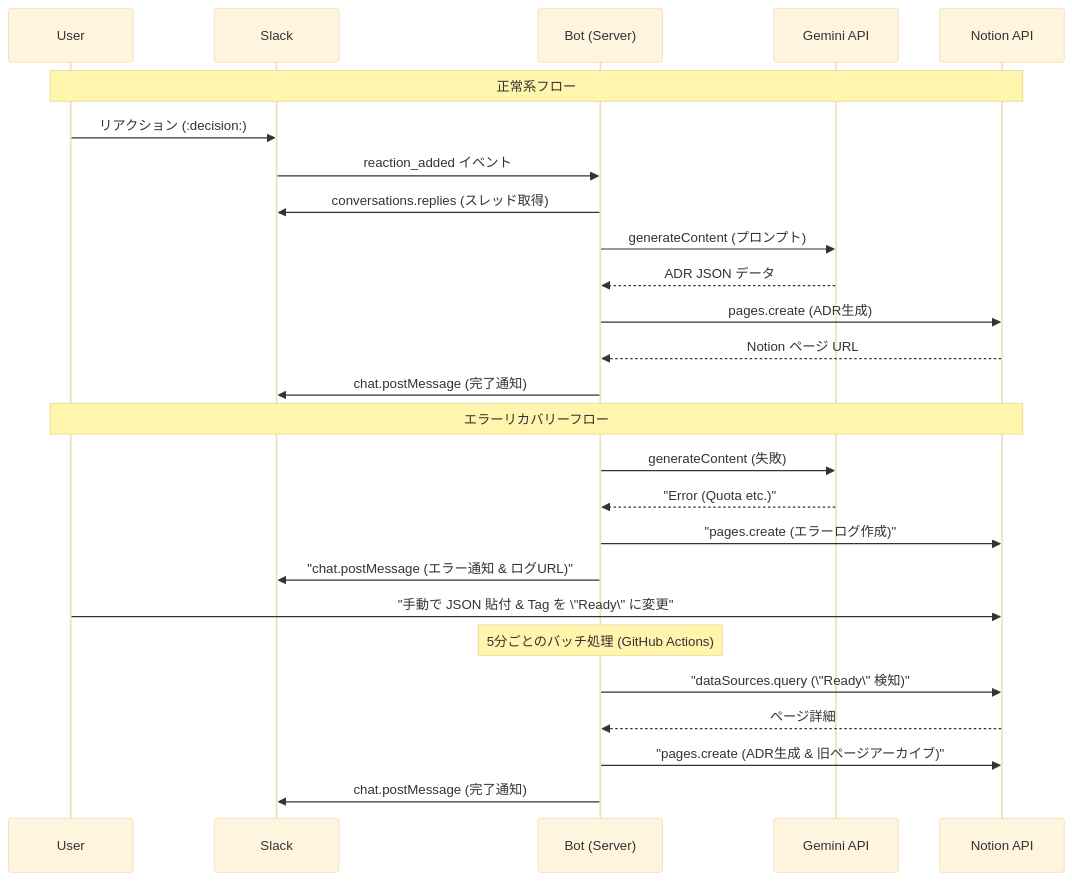
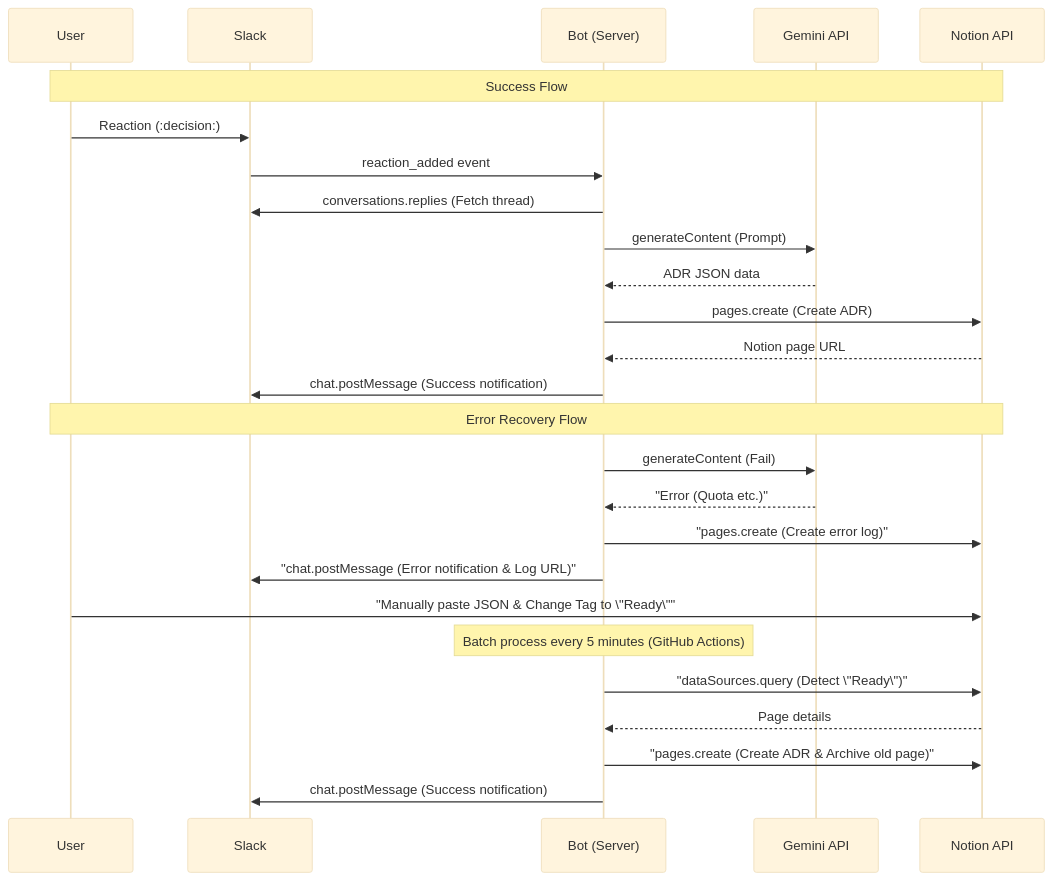
Before and after one commit to Syogo-Suganoya/slackADR: the third of 4 diagrams in ARCHITECTURE.md, drawn with Mermaid (base theme). The commit also changed other lines of this file, not shown here.

````diff
--- a/ARCHITECTURE.md
+++ b/ARCHITECTURE.md
@@ -74,32 +74,32 @@
 ```mermaid
 sequenceDiagram
     participant U as User
     participant S as Slack
     participant B as Bot (Server)
     participant A as Gemini API
     participant N as Notion API
 
-    %% 成功ケース
-    Note over U, N: 正常系フロー
-    U->>S: リアクション (:decision:)
-    S->>B: reaction_added イベント
-    B->>S: conversations.replies (スレッド取得)
-    B->>A: generateContent (プロンプト)
-    A-->>B: ADR JSON データ
-    B->>N: pages.create (ADR生成)
-    N-->>B: Notion ページ URL
-    B->>S: chat.postMessage (完了通知)
+    %% Success Case
+    Note over U, N: Success Flow
+    U->>S: Reaction (:decision:)
+    S->>B: reaction_added event
+    B->>S: conversations.replies (Fetch thread)
+    B->>A: generateContent (Prompt)
+    A-->>B: ADR JSON data
+    B->>N: pages.create (Create ADR)
+    N-->>B: Notion page URL
+    B->>S: chat.postMessage (Success notification)
 
-    %% エラーリカバリーフロー
-    Note over U, N: エラーリカバリーフロー
-    B->>A: generateContent (失敗)
+    %% Error Recovery Flow
+    Note over U, N: Error Recovery Flow
+    B->>A: generateContent (Fail)
     A-->>B: "Error (Quota etc.)"
-    B->>N: "pages.create (エラーログ作成)"
-    B->>S: "chat.postMessage (エラー通知 & ログURL)"
-    U->>N: "手動で JSON 貼付 & Tag を \"Ready\" に変更"
-    Note over B: 5分ごとのバッチ処理 (GitHub Actions)
-    B->>N: "dataSources.query (\"Ready\" 検知)"
-    N-->>B: ページ詳細
-    B->>N: "pages.create (ADR生成 & 旧ページアーカイブ)"
-    B->>S: chat.postMessage (完了通知)
+    B->>N: "pages.create (Create error log)"
+    B->>S: "chat.postMessage (Error notification & Log URL)"
+    U->>N: "Manually paste JSON & Change Tag to \"Ready\""
+    Note over B: Batch process every 5 minutes (GitHub Actions)
+    B->>N: "dataSources.query (Detect \"Ready\")"
+    N-->>B: Page details
+    B->>N: "pages.create (Create ADR & Archive old page)"
+    B->>S: chat.postMessage (Success notification)
 ```
````
